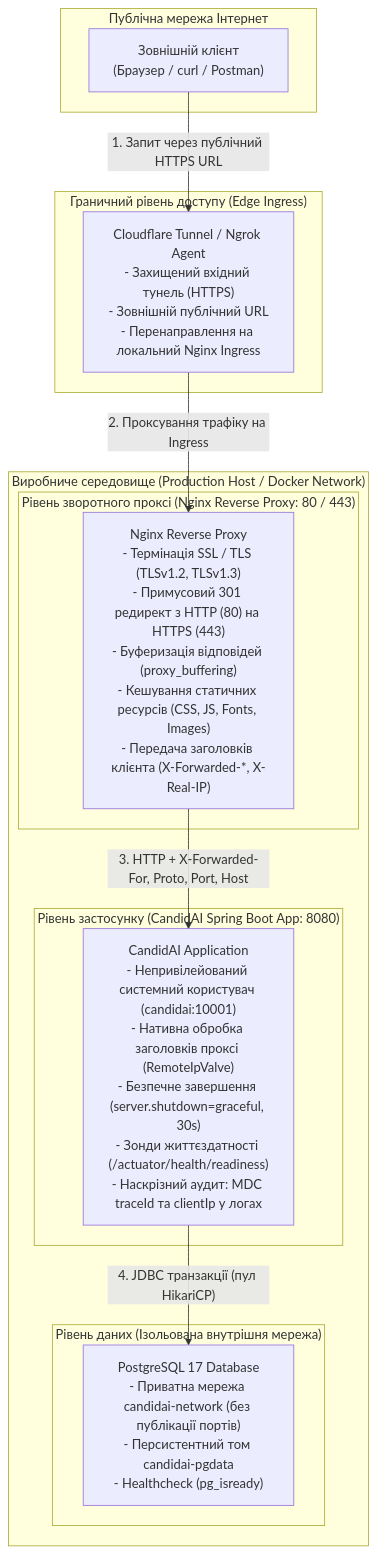
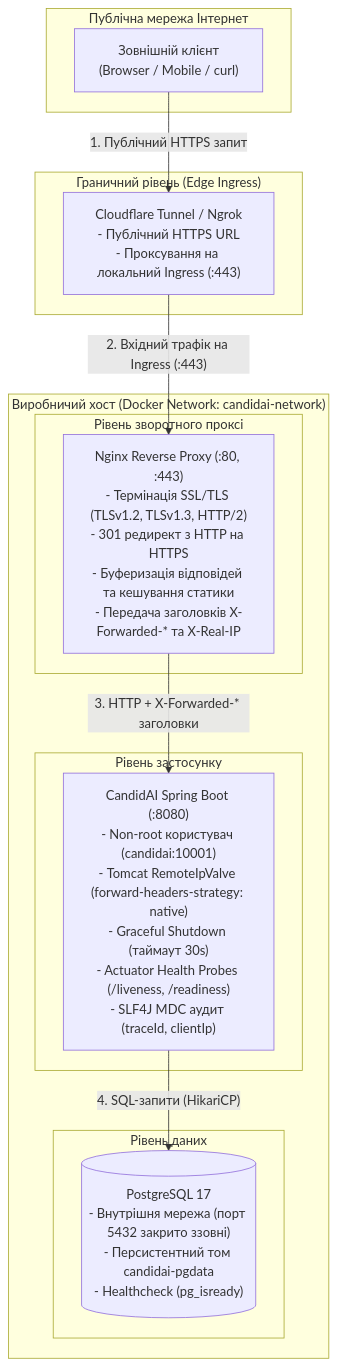
Before and after one commit to humaNukr/CandidAI: the diagram in docs/practice-9-report.md, drawn with Mermaid. The commit also changed other lines of this file, not shown here.

Commit message:
docs(report): streamline practice 9 deployment architecture report

````diff
--- a/docs/practice-9-report.md
+++ b/docs/practice-9-report.md
@@ -9,29 +10,29 @@
 ```mermaid
 flowchart TD
     subgraph Internet ["Публічна мережа Інтернет"]
-        UserBrowser["Зовнішній клієнт\n(Браузер / curl / Postman)"]
+        Client["Зовнішній клієнт\n(Browser / Mobile / curl)"]
     end
 
-    subgraph Edge ["Граничний рівень доступу (Edge Ingress)"]
-        Tunnel["Cloudflare Tunnel / Ngrok Agent\n- Захищений вхідний тунель (HTTPS)\n- Зовнішній публічний URL\n- Перенаправлення на локальний Nginx Ingress"]
+    subgraph Edge ["Граничний рівень (Edge Ingress)"]
+        Tunnel["Cloudflare Tunnel / Ngrok\n- Публічний HTTPS URL\n- Проксування на локальний Ingress (:443)"]
     end
 
-    subgraph Host ["Виробниче середовище (Production Host / Docker Network)"]
-        subgraph ProxyLayer ["Рівень зворотного проксі (Nginx Reverse Proxy: 80 / 443)"]
-            Nginx["Nginx Reverse Proxy\n- Термінація SSL / TLS (TLSv1.2, TLSv1.3)\n- Примусовий 301 редирект з HTTP (80) на HTTPS (443)\n- Буферизація відповідей (proxy_buffering)\n- Кешування статичних ресурсів (CSS, JS, Fonts, Images)\n- Передача заголовків клієнта (X-Forwarded-*, X-Real-IP)"]
+    subgraph Host ["Виробничий хост (Docker Network: candidai-network)"]
+        subgraph Proxy ["Рівень зворотного проксі"]
+            Nginx["Nginx Reverse Proxy (:80, :443)\n- Термінація SSL/TLS (TLSv1.2, TLSv1.3, HTTP/2)\n- 301 редирект з HTTP на HTTPS\n- Буферизація відповідей та кешування статики\n- Передача заголовків X-Forwarded-* та X-Real-IP"]
         end
 
-        subgraph AppLayer ["Рівень застосунку (CandidAI Spring Boot App: 8080)"]
-            SpringBoot["CandidAI Application\n- Непривілейований системний користувач (candidai:10001)\n- Нативна обробка заголовків проксі (RemoteIpValve)\n- Безпечне завершення (server.shutdown=graceful, 30s)\n- Зонди життєздатності (/actuator/health/readiness)\n- Наскрізний аудит: MDC traceId та clientIp у логах"]
+        subgraph App ["Рівень застосунку"]
+            SpringBoot["CandidAI Spring Boot (:8080)\n- Non-root користувач (candidai:10001)\n- Tomcat RemoteIpValve (forward-headers-strategy: native)\n- Graceful Shutdown (таймаут 30s)\n- Actuator Health Probes (/liveness, /readiness)\n- SLF4J MDC аудит (traceId, clientIp)"]
         end
 
-        subgraph DataLayer ["Рівень даних (Ізольована внутрішня мережа)"]
-            Postgres["PostgreSQL 17 Database\n- Приватна мережа candidai-network (без публікації портів)\n- Персистентний том candidai-pgdata\n- Healthcheck (pg_isready)"]
+        subgraph Data ["Рівень даних"]
+            Postgres[("PostgreSQL 17\n- Внутрішня мережа (порт 5432 закрито ззовні)\n- Персистентний том candidai-pgdata\n- Healthcheck (pg_isready)")]
         end
     end
 
-    UserBrowser -- "1. Запит через публічний HTTPS URL" --> Tunnel
-    Tunnel -- "2. Проксування трафіку на Ingress" --> Nginx
-    Nginx -- "3. HTTP + X-Forwarded-For, Proto, Port, Host" --> SpringBoot
-    SpringBoot -- "4. JDBC транзакції (пул HikariCP)" --> Postgres
+    Client -- "1. Публічний HTTPS запит" --> Tunnel
+    Tunnel -- "2. Вхідний трафік на Ingress (:443)" --> Nginx
+    Nginx -- "3. HTTP + X-Forwarded-* заголовки" --> SpringBoot
+    SpringBoot -- "4. SQL-запити (HikariCP)" --> Postgres
 ```
````
